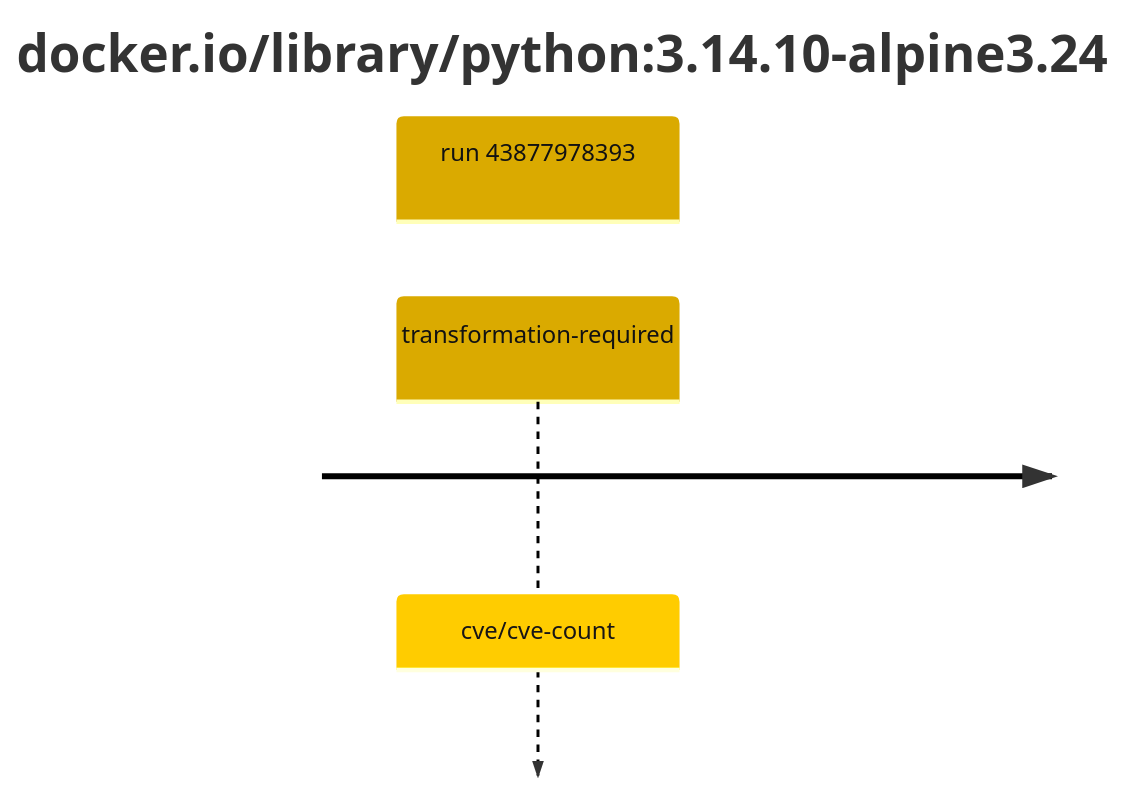
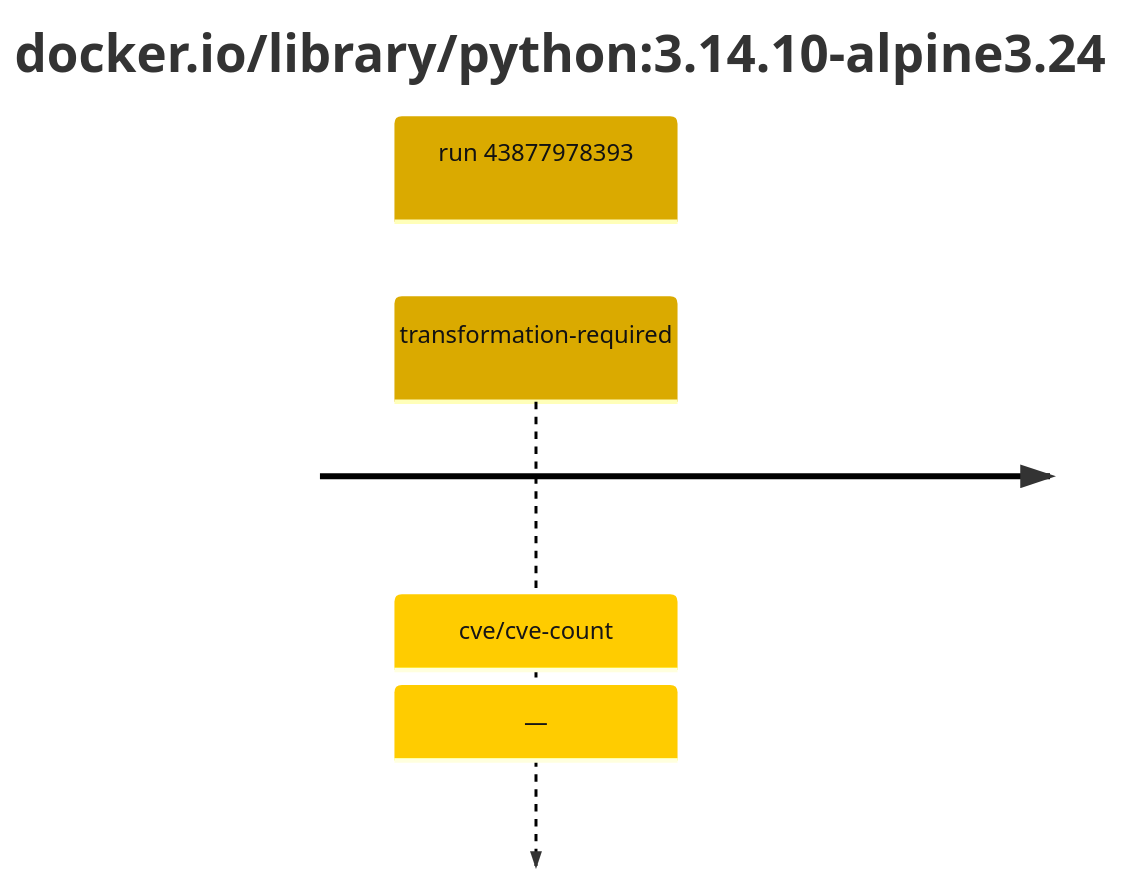
The first of 2 diagrams in results/reports/python-3/sha256:5862d971d1f0ae26b258cefa4e893556b1d3aba81bd2ff30888704ad378bab67/43877978393-1.md (trivoallan/base-images), drawn with Mermaid before and after one commit. The commit also changed other lines of this file and 2 other files, not shown here.

Commit message:
journal(python-3): promotions du screening

````diff
--- a/results/reports/python-3/sha256:5862d971d1f0ae26b258cefa4e893556b1d3aba81bd2ff30888704ad378bab67/43877978393-1.md
+++ b/results/reports/python-3/sha256:5862d971d1f0ae26b258cefa4e893556b1d3aba81bd2ff30888704ad378bab67/43877978393-1.md
@@ -5,7 +5,7 @@
 ```mermaid
 %%{init: {"theme": "default", "themeVariables": {"cScale0": "#daaa00", "cScaleLabel0": "#121212"}}}%%
 timeline
     title docker.io/library/python#58;3.14.10-alpine3.24
     section run 43877978393
-        transformation-required : cve/cve-count
+        transformation-required : cve/cve-count : —
 ```
````
